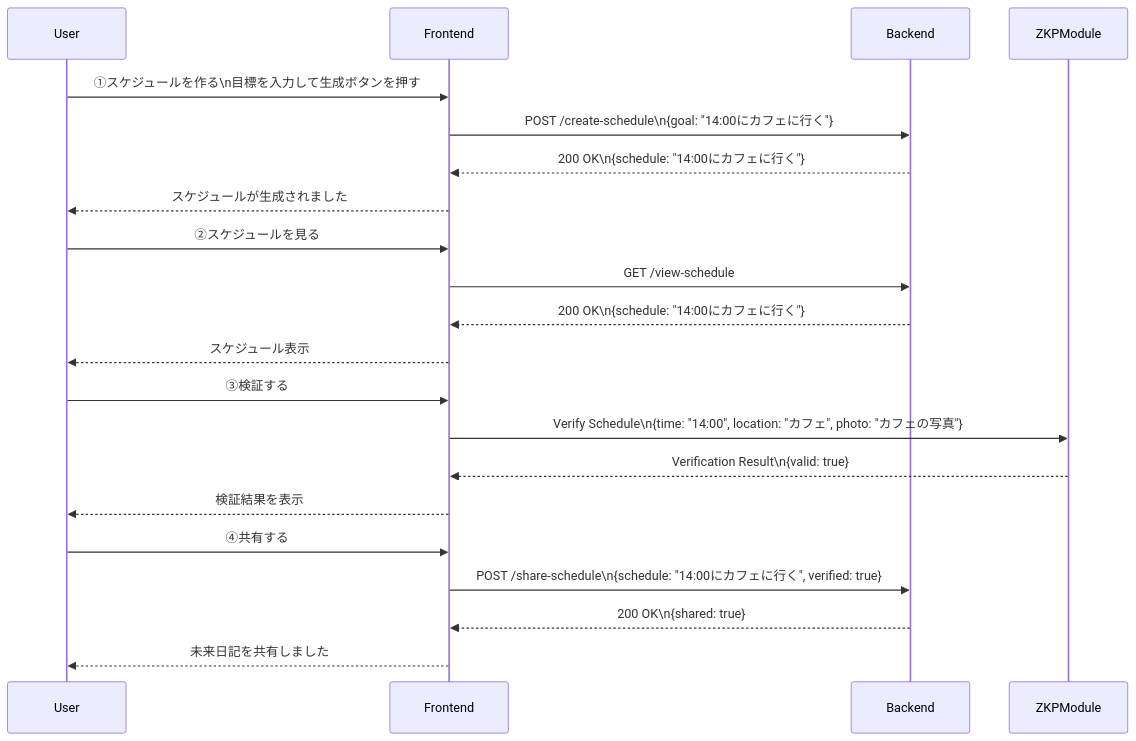
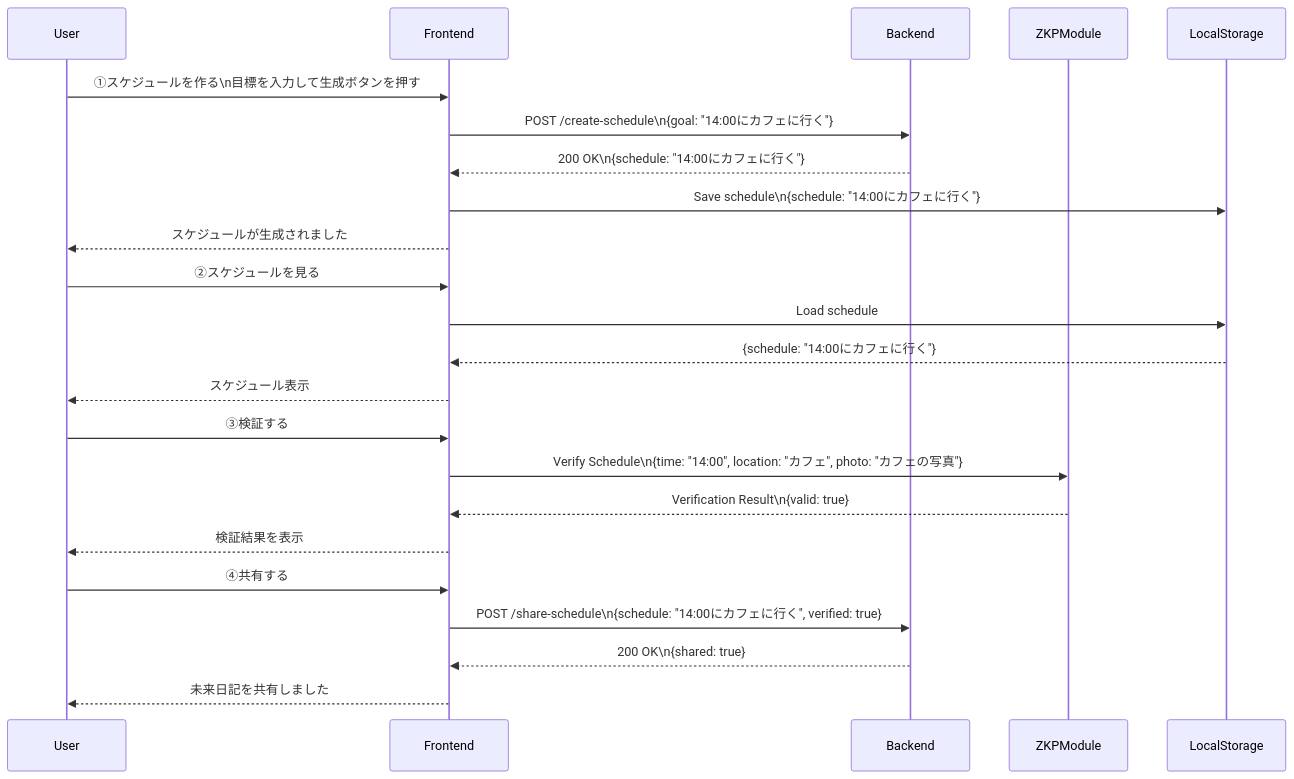
The diagram in README.md (3tomcha/zk_future_diary), drawn with Mermaid before and after one commit.

````diff
--- a/README.md
+++ b/README.md
@@ -106,27 +106,30 @@
 ```mermaid
 sequenceDiagram
     participant User
     participant Frontend
     participant Backend
     participant ZKPModule
+    participant LocalStorage
 
     User->>Frontend: ①スケジュールを作る\n目標を入力して生成ボタンを押す
     Frontend->>Backend: POST /create-schedule\n{goal: "14:00にカフェに行く"}
     Backend-->>Frontend: 200 OK\n{schedule: "14:00にカフェに行く"}
+    Frontend->>LocalStorage: Save schedule\n{schedule: "14:00にカフェに行く"}
     Frontend-->>User: スケジュールが生成されました
 
     User->>Frontend: ②スケジュールを見る
-    Frontend->>Backend: GET /view-schedule
-    Backend-->>Frontend: 200 OK\n{schedule: "14:00にカフェに行く"}
+    Frontend->>LocalStorage: Load schedule
+    LocalStorage-->>Frontend: {schedule: "14:00にカフェに行く"}
     Frontend-->>User: スケジュール表示
 
     User->>Frontend: ③検証する
     Frontend->>ZKPModule: Verify Schedule\n{time: "14:00", location: "カフェ", photo: "カフェの写真"}
     ZKPModule-->>Frontend: Verification Result\n{valid: true}
     Frontend-->>User: 検証結果を表示
 
     User->>Frontend: ④共有する
     Frontend->>Backend: POST /share-schedule\n{schedule: "14:00にカフェに行く", verified: true}
     Backend-->>Frontend: 200 OK\n{shared: true}
     Frontend-->>User: 未来日記を共有しました
+
 ```
````
